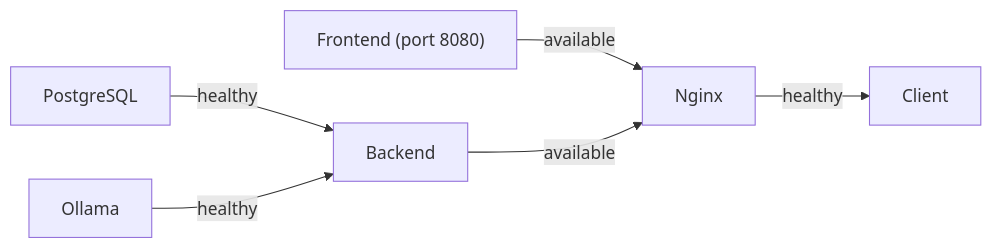
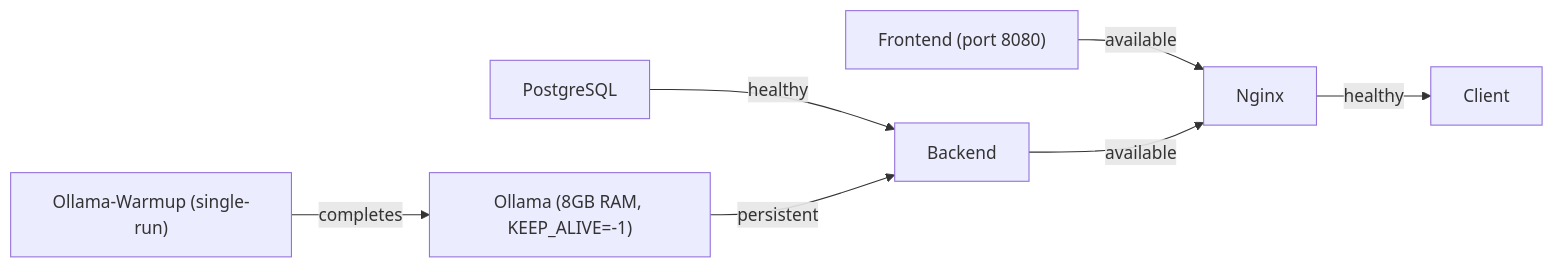
The fifth of 5 diagrams in .qoder/repowiki/en/content/Deployment & DevOps/Production Deployment.md (Revanththetalogics/aireume), drawn with Mermaid before and after one commit. The commit also changed other lines of this file and 33 other files, not shown here.

````diff
--- a/.qoder/repowiki/en/content/Deployment & DevOps/Production Deployment.md
+++ b/.qoder/repowiki/en/content/Deployment & DevOps/Production Deployment.md
@@ -277,8 +302,9 @@
 ```mermaid
 graph LR
 PG["PostgreSQL"] -- "healthy" --> BE["Backend"]
-OL["Ollama"] -- "healthy" --> BE
+OL["Ollama (8GB RAM, KEEP_ALIVE=-1)"] -- "persistent" --> BE
 FE["Frontend (port 8080)"] -- "available" --> NX["Nginx"]
 BE -- "available" --> NX
+WU["Ollama-Warmup (single-run)"] -- "completes" --> OL
 NX -- "healthy" --> CL["Client"]
 ```
````
